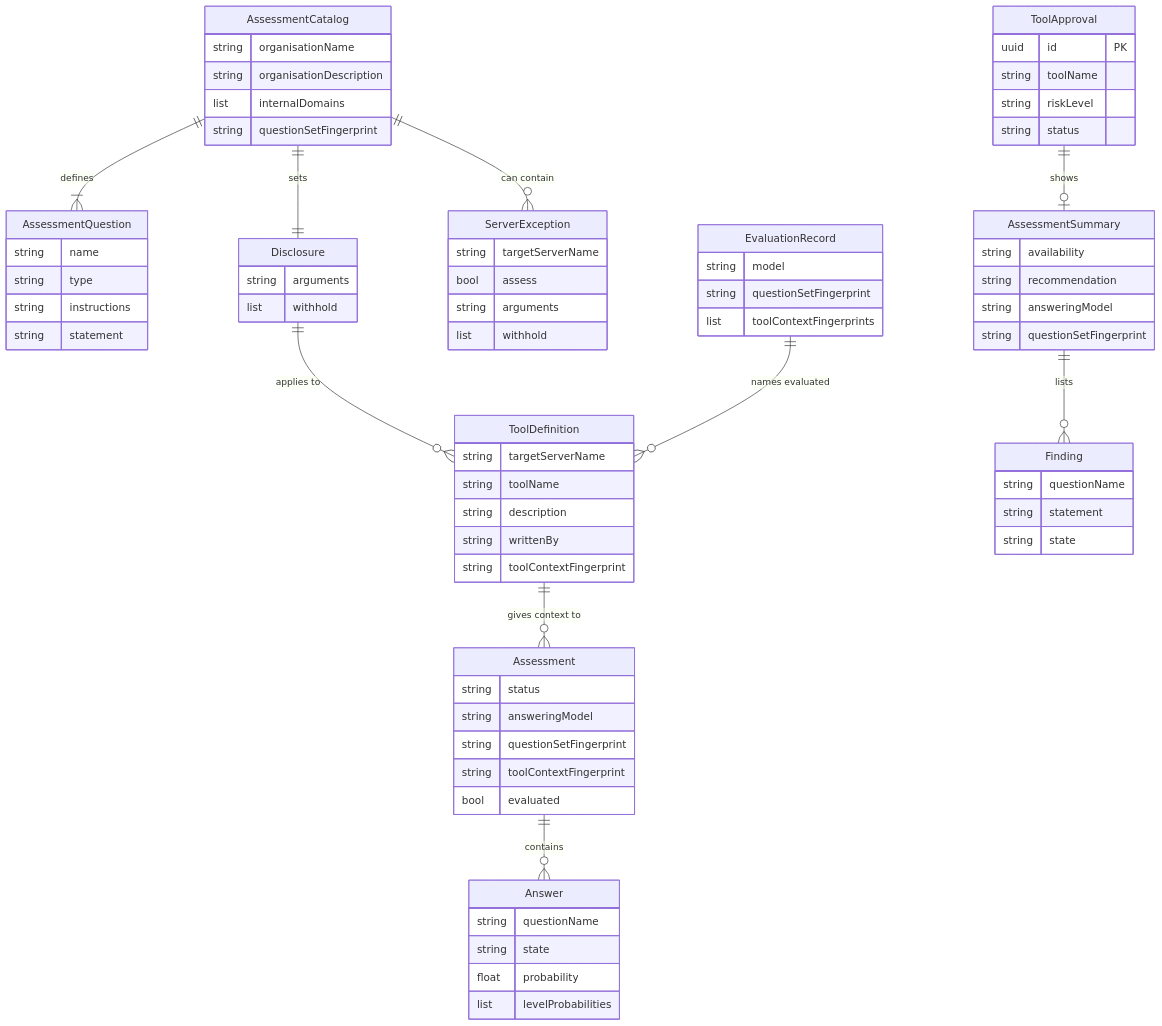
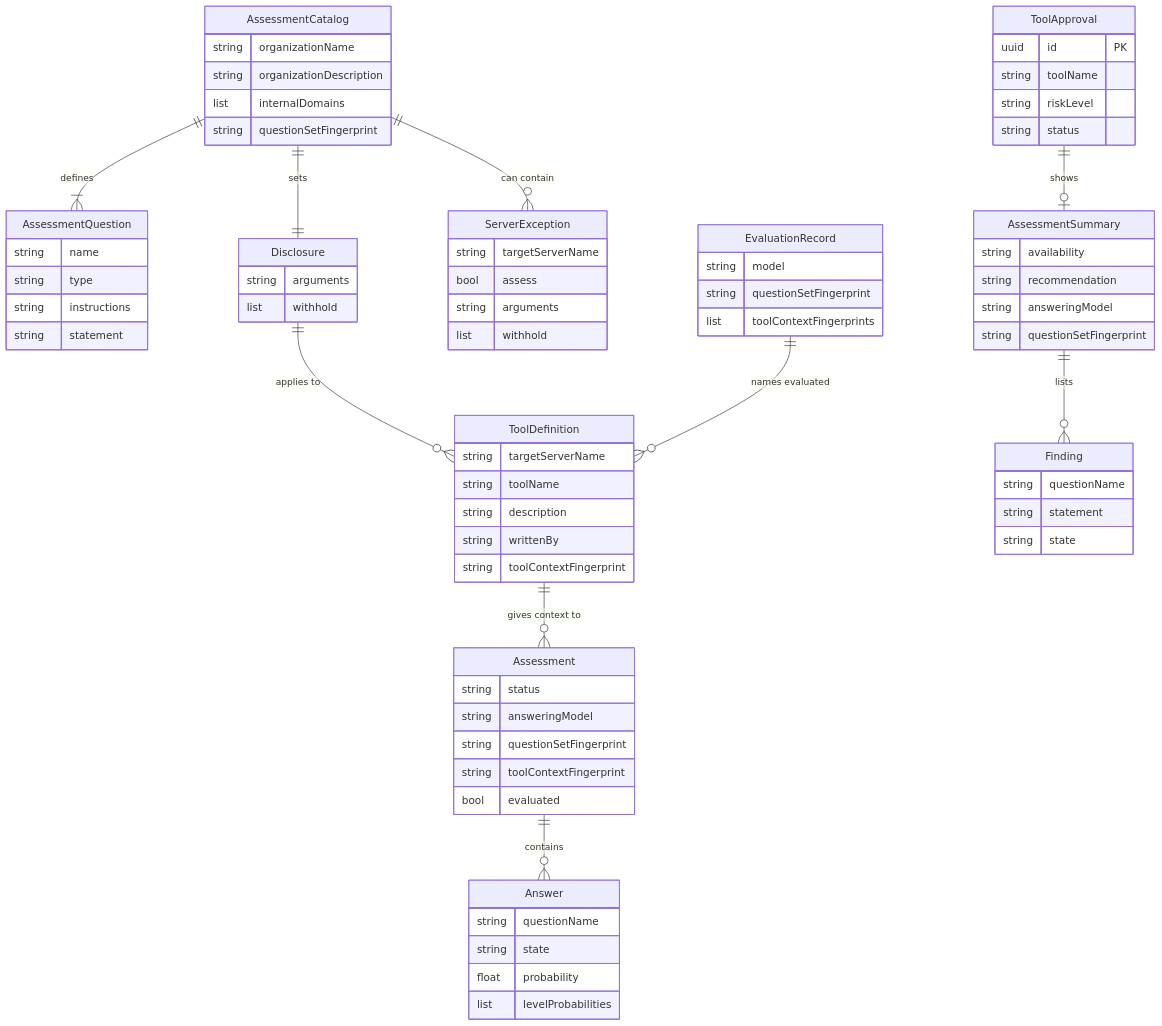
The first of 2 diagrams in specs/20261123-194542-decision-model-tool-approvals/spec.md (zalando-incubator/agentic-identity-broker), drawn with Mermaid before and after one commit. The commit also changed other lines of this file and 3 other files, not shown here.

````diff
--- a/specs/20261123-194542-decision-model-tool-approvals/spec.md
+++ b/specs/20261123-194542-decision-model-tool-approvals/spec.md
@@ -1076,76 +1122,76 @@
 ```mermaid
 erDiagram
     AssessmentCatalog {
-        string organisationName
-        string organisationDescription
+        string organizationName
+        string organizationDescription
         list internalDomains
         string questionSetFingerprint
     }
     AssessmentQuestion {
         string name
         string type
         string instructions
         string statement
     }
     Disclosure {
         string arguments
         list withhold
     }
     ServerException {
         string targetServerName
         bool assess
         string arguments
         list withhold
     }
     ToolDefinition {
         string targetServerName
         string toolName
         string description
         string writtenBy
         string toolContextFingerprint
     }
     Assessment {
         string status
         string answeringModel
         string questionSetFingerprint
         string toolContextFingerprint
         bool evaluated
     }
     Answer {
         string questionName
         string state
         float probability
         list levelProbabilities
     }
     EvaluationRecord {
         string model
         string questionSetFingerprint
         list toolContextFingerprints
     }
     ToolApproval {
         uuid id PK
         string toolName
         string riskLevel
         string status
     }
     AssessmentSummary {
         string availability
         string recommendation
         string answeringModel
         string questionSetFingerprint
     }
     Finding {
         string questionName
         string statement
         string state
     }
     AssessmentCatalog ||--|{ AssessmentQuestion : "defines"
     AssessmentCatalog ||--|| Disclosure : "sets"
     AssessmentCatalog ||--o{ ServerException : "can contain"
     Disclosure ||--o{ ToolDefinition : "applies to"
     ToolDefinition ||--o{ Assessment : "gives context to"
     Assessment ||--o{ Answer : "contains"
     EvaluationRecord ||--o{ ToolDefinition : "names evaluated"
     ToolApproval ||--o| AssessmentSummary : "shows"
     AssessmentSummary ||--o{ Finding : "lists"
 ```
````
